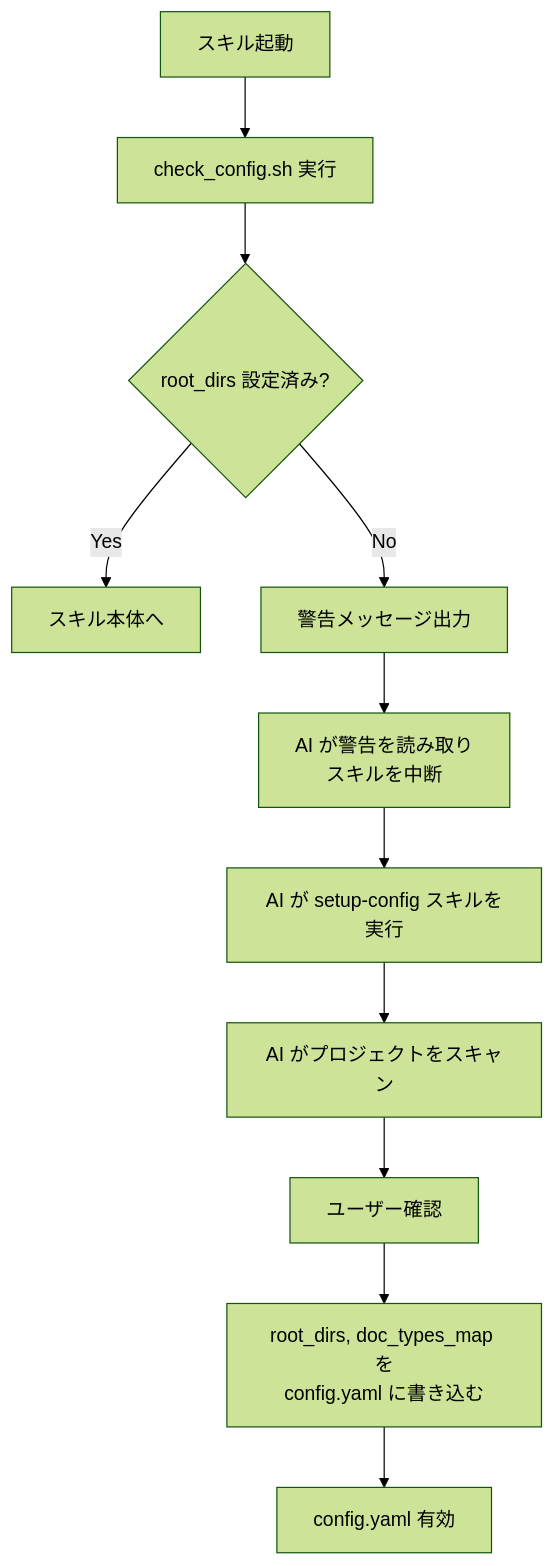
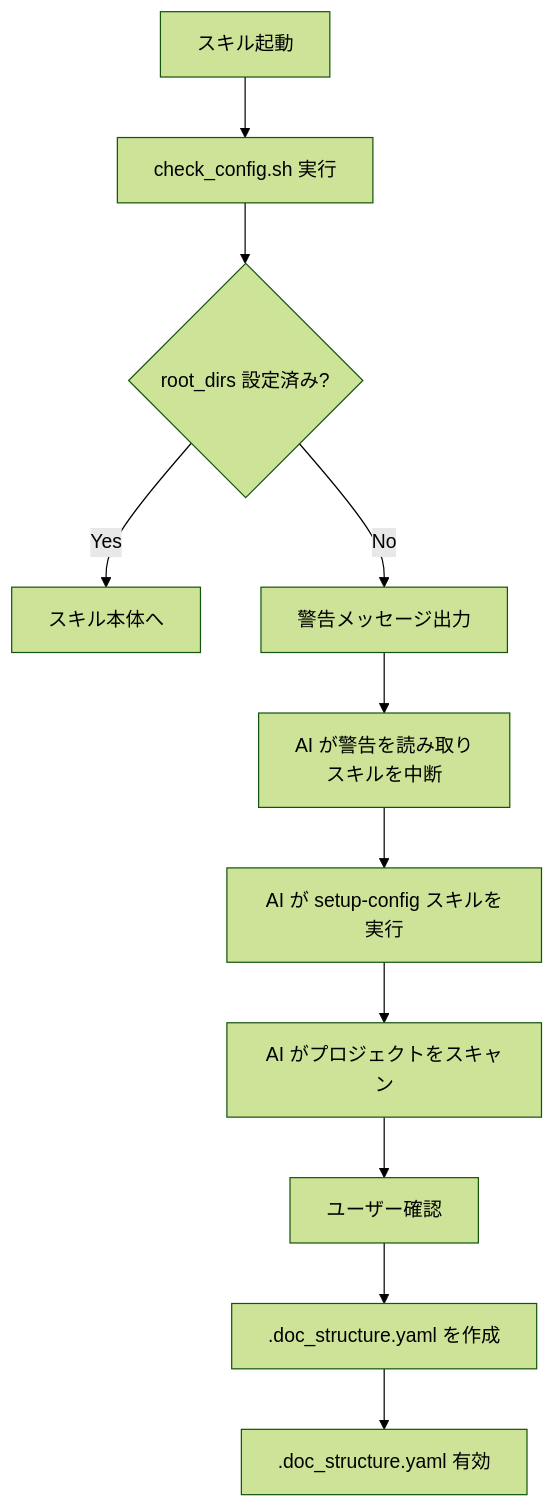
Before and after one commit to BlueEventHorizon/DocAdvisor-CC: the fourth of 10 diagrams in specs/design/DES-005_toc_generation_flow.md, drawn with Mermaid (forest theme). The commit also changed other lines of this file and 24 other files, not shown here.

First line of the commit message:
refactor: abolish config.yaml, use .doc_structure.yaml + code defaults

````diff
--- a/specs/design/DES-005_toc_generation_flow.md
+++ b/specs/design/DES-005_toc_generation_flow.md
@@ -115,13 +114,13 @@
 ```mermaid
 flowchart TD
     H[スキル起動] --> I[check_config.sh 実行]
     I --> J{root_dirs 設定済み?}
     J -->|Yes| K[スキル本体へ]
     J -->|No| L["警告メッセージ出力"]
     L --> M["AI が警告を読み取り<br>スキルを中断"]
     M --> N["AI が setup-config スキルを実行"]
     N --> O[AI がプロジェクトをスキャン]
     O --> P[ユーザー確認]
-    P --> Q[root_dirs, doc_types_map を<br>config.yaml に書き込む]
-    Q --> R[config.yaml 有効]
+    P --> Q[.doc_structure.yaml を作成]
+    Q --> R[.doc_structure.yaml 有効]
 ```
````
